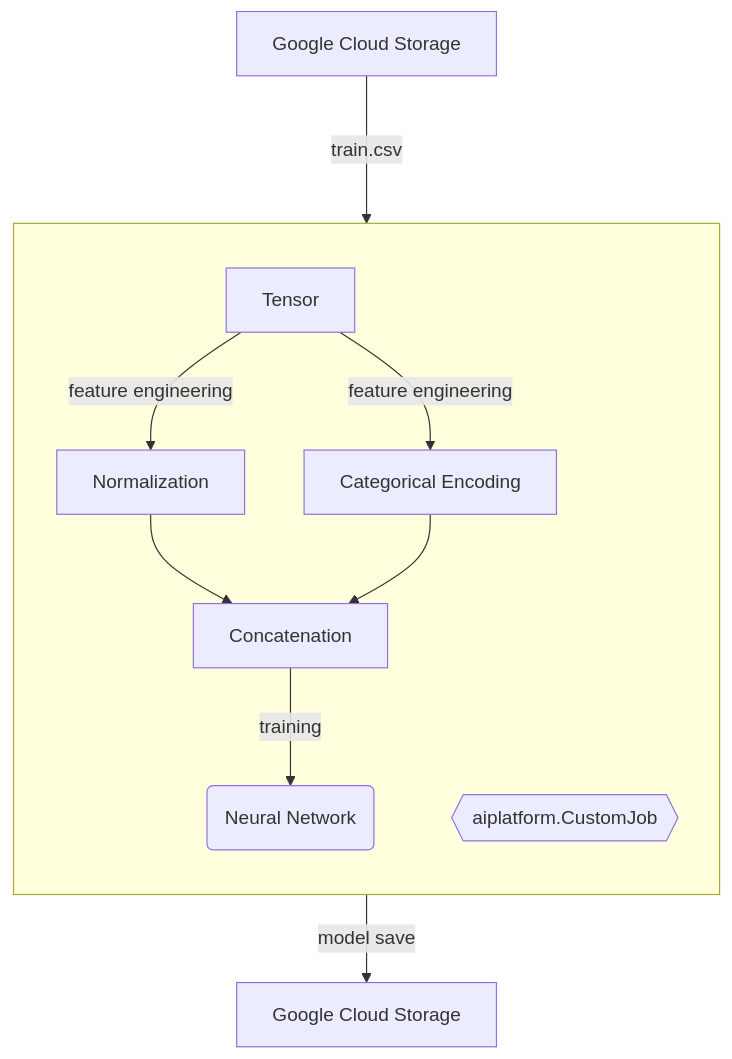
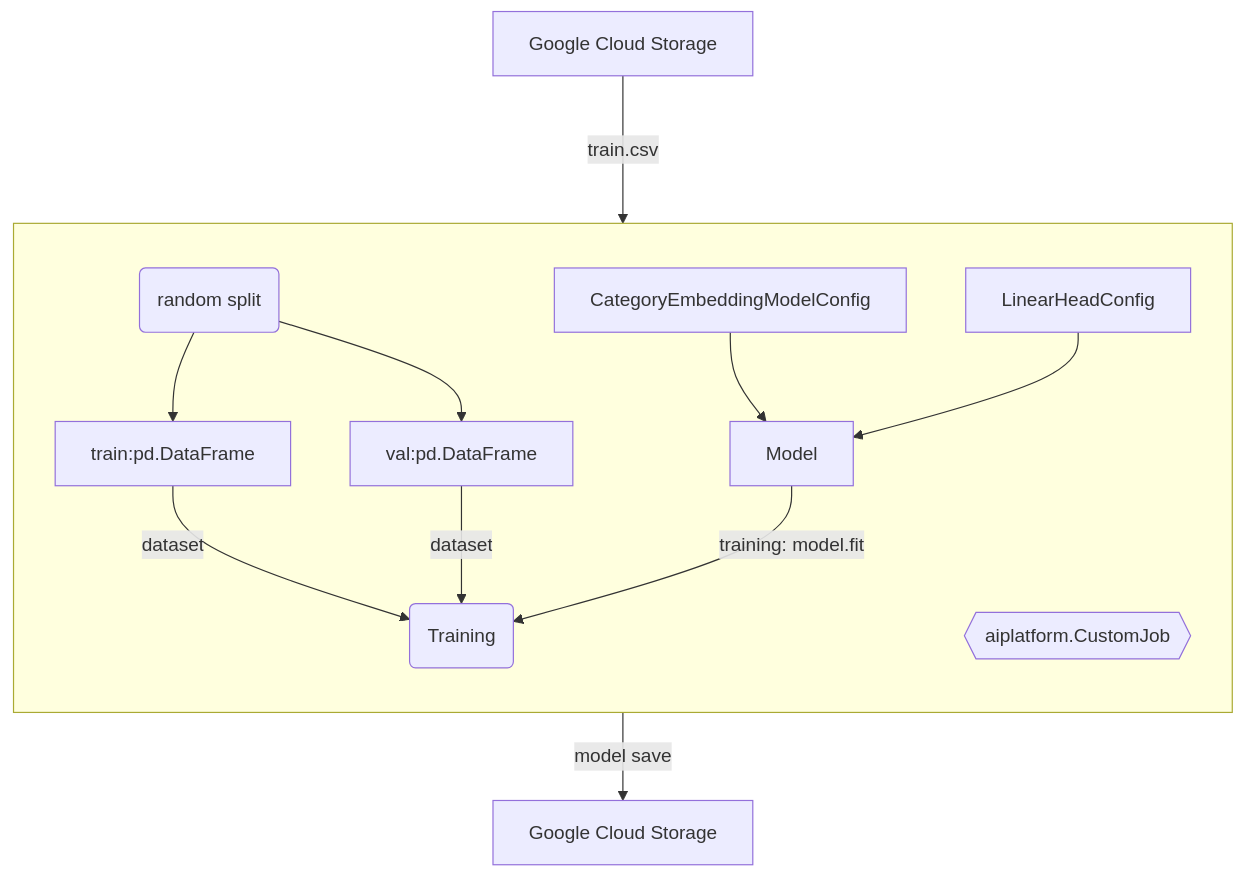
The first of 2 diagrams in ai-flex/pytorch/tabular/README.md (jchavezar/vertex-ai-samples), drawn with Mermaid before and after one commit.

Commit message:
sep-10-23

````diff
--- a/ai-flex/pytorch/tabular/README.md
+++ b/ai-flex/pytorch/tabular/README.md
@@ -10,14 +10,16 @@
 ```mermaid
 graph TB
-        A[Google Cloud Storage] ---> |train.csv| B[Tensor]
+        A[Google Cloud Storage] ---> |train.csv| X[train:pd.DataFrame]
     subgraph  ""
         direction TB
-        B -- "feature engineering" --> C[Normalization]
-        B -- "feature engineering" --> D[Categorical Encoding]
-        C --> E[Concatenation]
-        D --> E
-        E --> |training| F(Neural Network)
+        X(random split) --> Y
+        X(random split) --> Z
+        Y[train:pd.DataFrame] --> |dataset| F
+        Z[val:pd.DataFrame] --> |dataset| F
+        D[CategoryEmbeddingModelConfig] --> E[Model]
+        C[LinearHeadConfig] --> E[Model]
+        E --> |training: model.fit| F(Training)
         id1{{aiplatform.CustomJob}}
     end
         F --> |model save| G[Google Cloud Storage]
 ```
````
